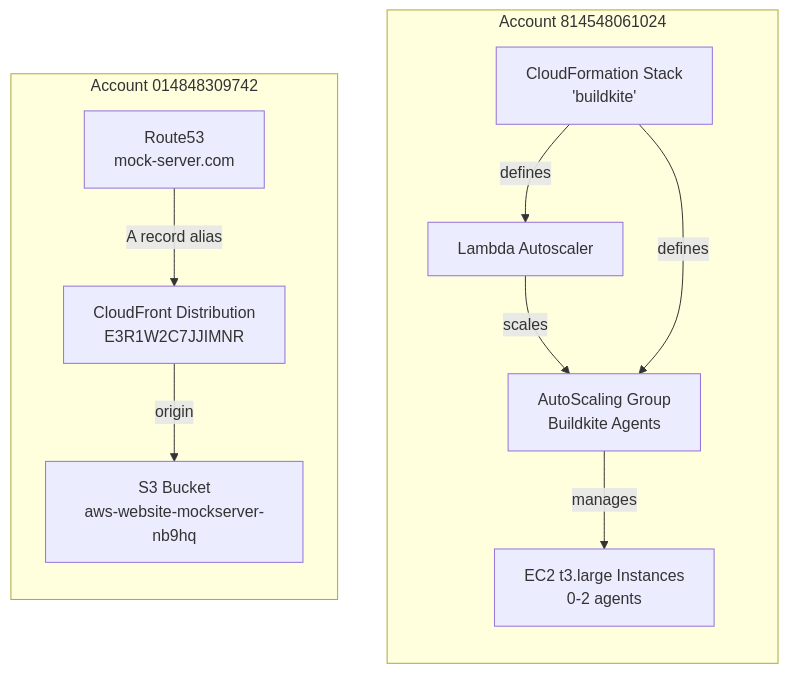
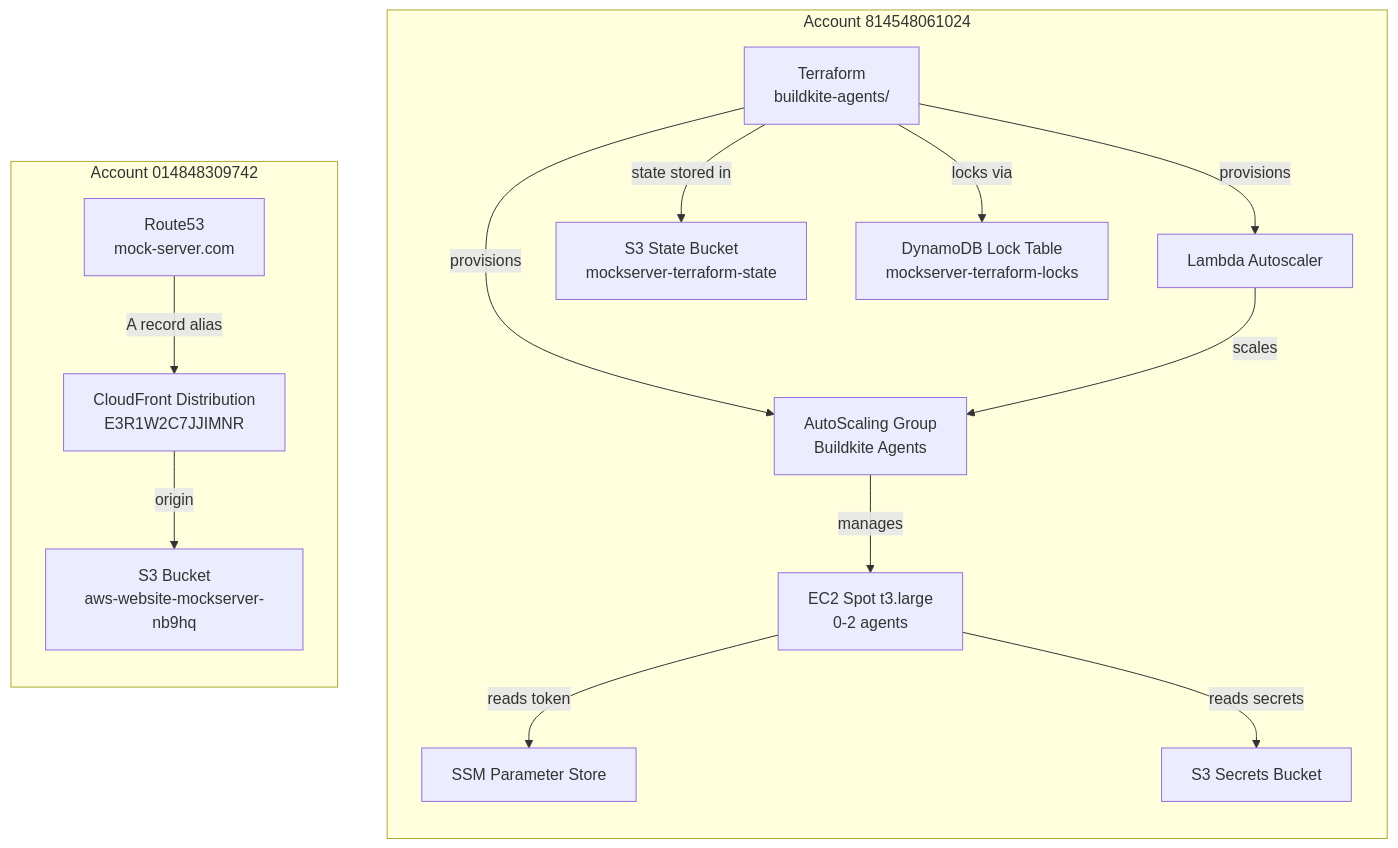
Before and after one commit to mock-server/mockserver: the first of 5 diagrams in docs/infrastructure/aws-infrastructure.md, drawn with Mermaid. The commit also changed other lines of this file and 19 other files, not shown here.

First line of the commit message:
Add comprehensive project documentation with hierarchical code architecture

````diff
--- a/docs/infrastructure/aws-infrastructure.md
+++ b/docs/infrastructure/aws-infrastructure.md
@@ -7,25 +7,33 @@
 ```mermaid
 graph TB
     subgraph "Account 814548061024"
         direction TB
+        TF["Terraform<br/>buildkite-agents/"]
         ASG[AutoScaling Group<br/>Buildkite Agents]
         LAMBDA[Lambda Autoscaler]
-        CF_STACK[CloudFormation Stack<br/>'buildkite']
-        EC2[EC2 t3.large Instances<br/>0-2 agents]
+        EC2[EC2 Spot t3.large<br/>0-2 agents]
+        SSM[SSM Parameter Store]
+        S3_SECRETS[S3 Secrets Bucket]
+        S3_STATE["S3 State Bucket<br/>mockserver-terraform-state"]
+        DDB["DynamoDB Lock Table<br/>mockserver-terraform-locks"]
     end
 
     subgraph "Account 014848309742"
         direction TB
         S3[S3 Bucket<br/>aws-website-mockserver-nb9hq]
         CDN[CloudFront Distribution<br/>E3R1W2C7JJIMNR]
         R53[Route53<br/>mock-server.com]
     end
 
+    TF -->|provisions| ASG
+    TF -->|provisions| LAMBDA
+    TF -->|state stored in| S3_STATE
+    TF -->|locks via| DDB
     LAMBDA -->|scales| ASG
     ASG -->|manages| EC2
-    CF_STACK -->|defines| ASG
-    CF_STACK -->|defines| LAMBDA
+    EC2 -->|reads token| SSM
+    EC2 -->|reads secrets| S3_SECRETS
 
     R53 -->|A record alias| CDN
     CDN -->|origin| S3
 ```
````
